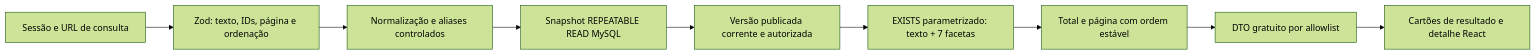
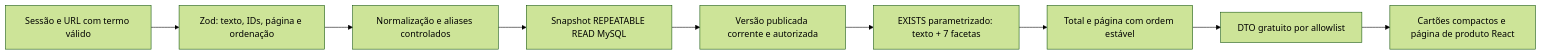
One commit to dernivaljr/wiki-chem changed the diagram in docs/arquitetura/PESQUISA-METODOLOGIAS.md. Above: the diagram before and after it, drawn with Mermaid (forest theme). The commit also changed other lines of this file and 54 other files, not shown here.

````diff
--- a/docs/arquitetura/PESQUISA-METODOLOGIAS.md
+++ b/docs/arquitetura/PESQUISA-METODOLOGIAS.md
@@ -27,11 +27,11 @@
 ```mermaid
 flowchart LR
-  U["Sessão e URL de consulta"] --> V["Zod: texto, IDs, página e ordenação"]
+  U["Sessão e URL com termo válido"] --> V["Zod: texto, IDs, página e ordenação"]
   V --> A["Normalização e aliases controlados"]
   A --> S["Snapshot REPEATABLE READ MySQL"]
   S --> E["Versão publicada corrente e autorizada"]
   E --> F["EXISTS parametrizado: texto + 7 facetas"]
   F --> P["Total e página com ordem estável"]
   P --> D["DTO gratuito por allowlist"]
-  D --> R["Cartões de resultado e detalhe React"]
+  D --> R["Cartões compactos e página de produto React"]
 ```
````
